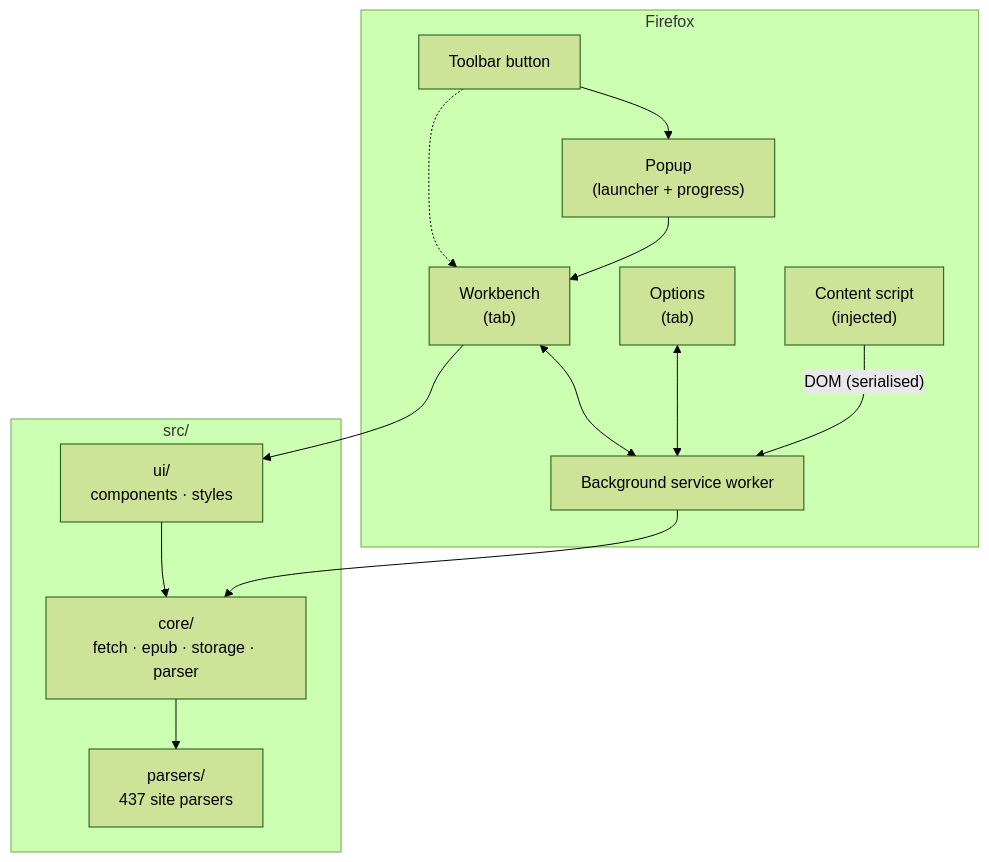
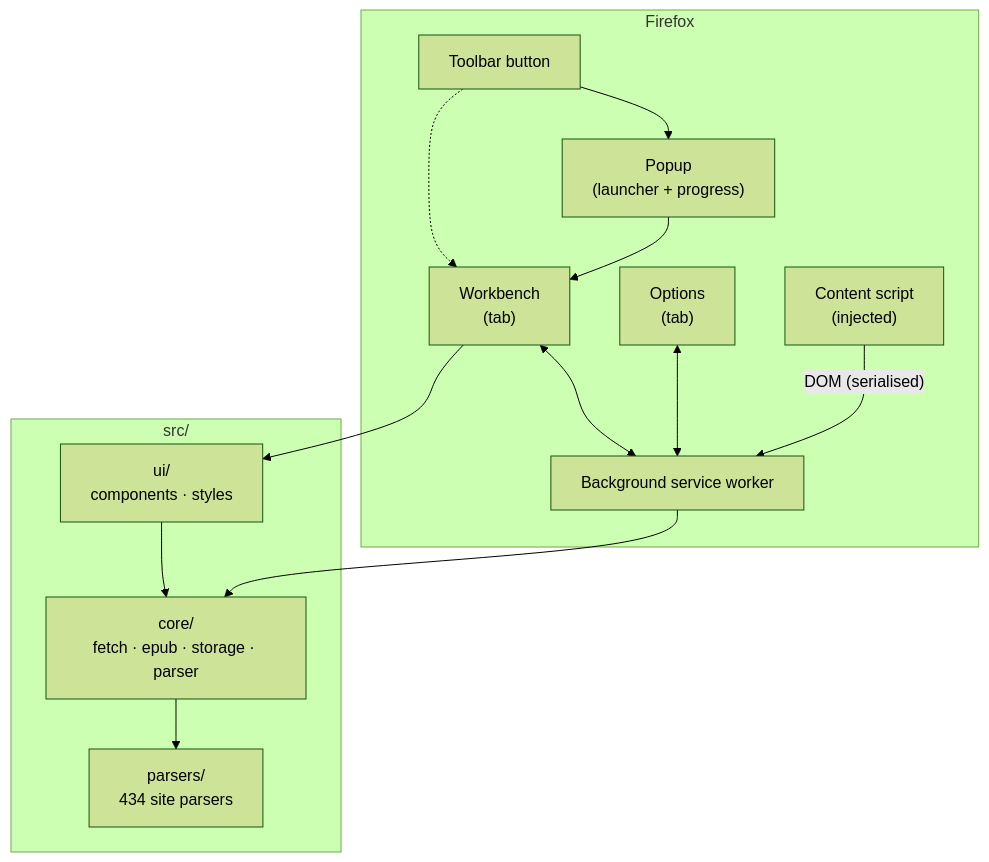
Before and after one commit to TheRebo/WebToEpub: the first of 7 diagrams in docs/architecture/README.md, drawn with Mermaid (forest theme). The commit also changed other lines of this file and 23 other files, not shown here.

````diff
--- a/docs/architecture/README.md
+++ b/docs/architecture/README.md
@@ -12,29 +12,29 @@
 ```mermaid
 graph TB
     subgraph browser["Firefox"]
         toolbar["Toolbar button"]
         popup["Popup<br/>(launcher + progress)"]
         workbench["Workbench<br/>(tab)"]
         options["Options<br/>(tab)"]
         worker["Background service worker"]
         content["Content script<br/>(injected)"]
     end
 
     toolbar --> popup
     toolbar -.-> workbench
     popup --> workbench
     content -- "DOM (serialised)" --> worker
     workbench <--> worker
     options <--> worker
 
     subgraph src["src/"]
         core["core/<br/>fetch · epub · storage · parser"]
         ui["ui/<br/>components · styles"]
-        parsers["parsers/<br/>437 site parsers"]
+        parsers["parsers/<br/>434 site parsers"]
     end
 
     worker --> core
     workbench --> ui
     ui --> core
     core --> parsers
 ```
````
